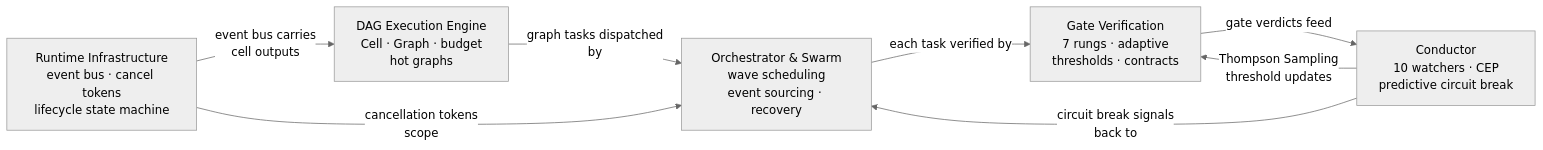
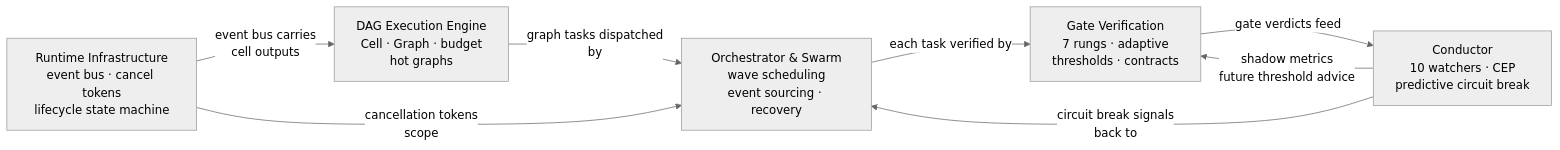
Before and after one commit to wpank/ironclaw: the diagram in tmp/execution-verification/README.md, drawn with Mermaid (neutral theme). The commit also changed other lines of this file and 113 other files, not shown here.

````diff
--- a/tmp/execution-verification/README.md
+++ b/tmp/execution-verification/README.md
@@ -17,16 +17,16 @@
 ```mermaid
 graph LR
     RUNTIME["Runtime Infrastructure\nevent bus · cancel tokens\nlifecycle state machine"]
     DAG["DAG Execution Engine\nCell · Graph · budget\nhot graphs"]
     ORCH["Orchestrator & Swarm\nwave scheduling\nevent sourcing · recovery"]
     GATE["Gate Verification\n7 rungs · adaptive\nthresholds · contracts"]
     COND["Conductor\n10 watchers · CEP\npredictive circuit break"]
 
     RUNTIME -->|"event bus carries\ncell outputs"| DAG
     RUNTIME -->|"cancellation tokens\nscope"| ORCH
     DAG -->|"graph tasks dispatched\nby"| ORCH
     ORCH -->|"each task verified by"| GATE
     GATE -->|"gate verdicts feed"| COND
     COND -->|"circuit break signals\nback to"| ORCH
-    COND -->|"Thompson Sampling\nthreshold updates"| GATE
+    COND -->|"shadow metrics\nfuture threshold advice"| GATE
 ```
````
